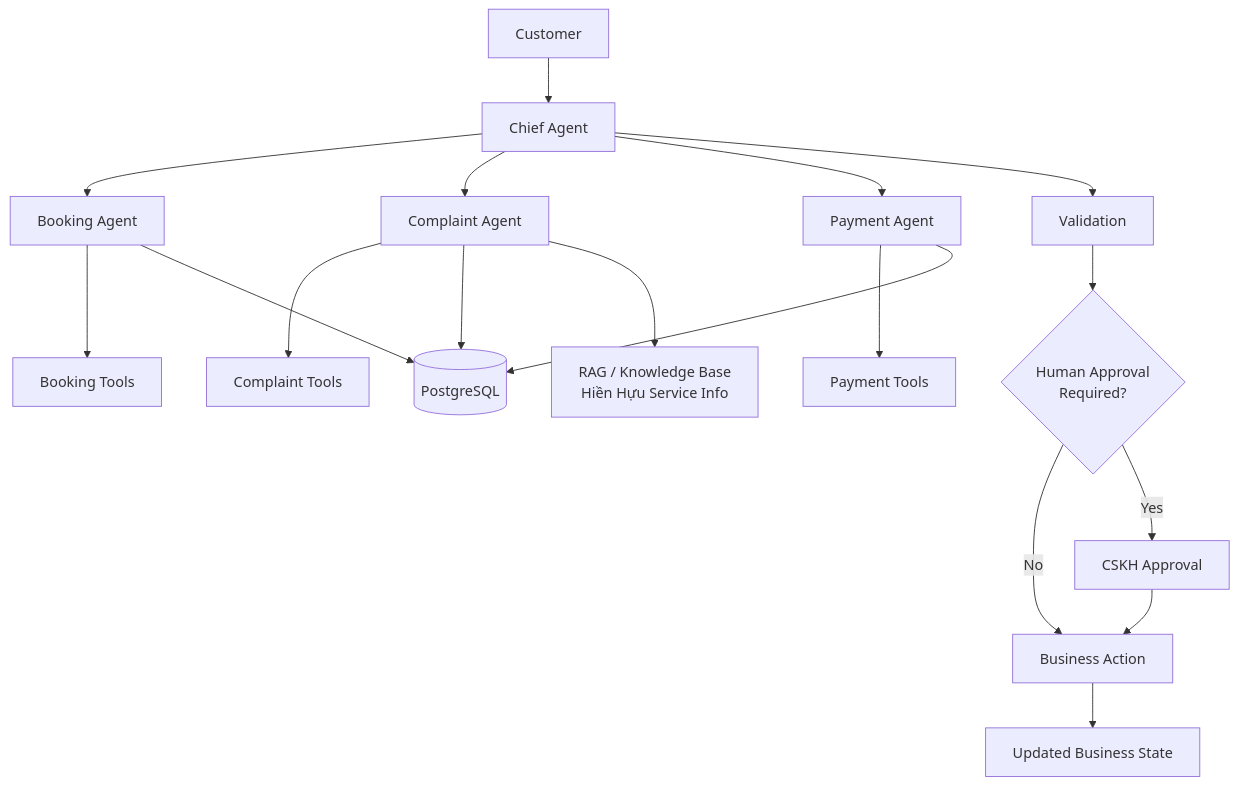
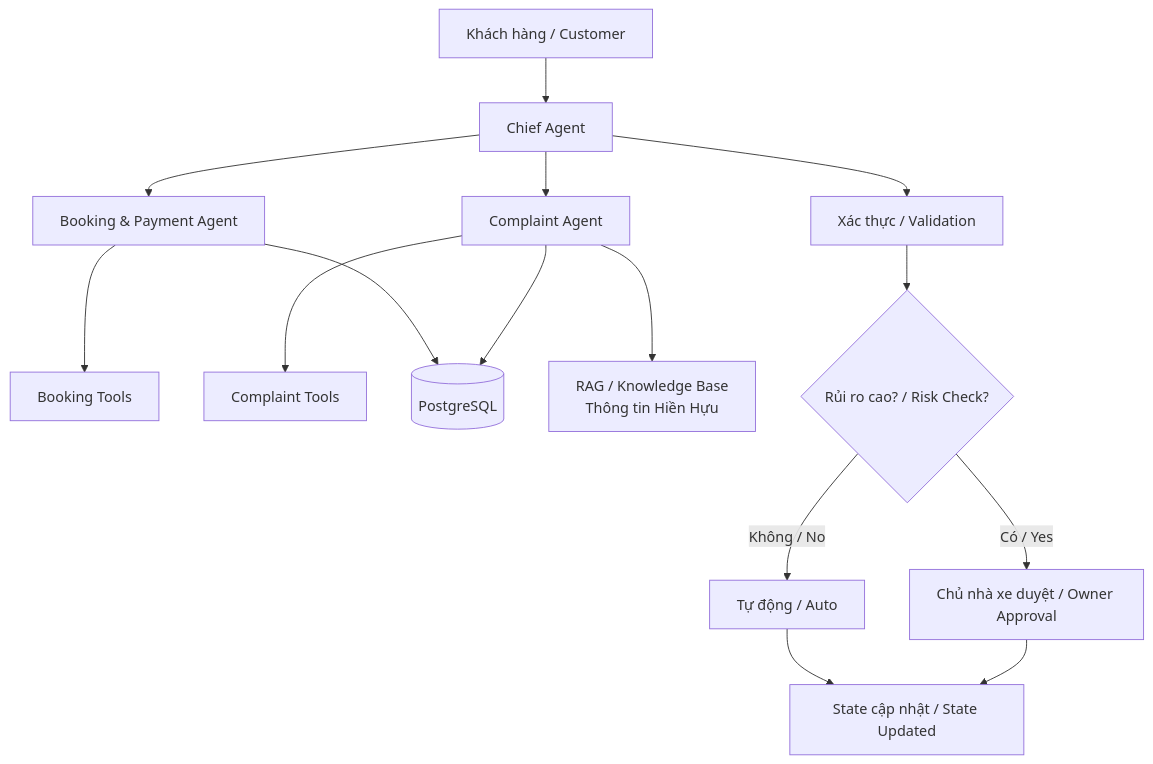
Before and after one commit to Rin171104/AI-Agent-Customer-Service: the first of 3 diagrams in README.md, drawn with Mermaid. The commit also changed other lines of this file and 5 other files, not shown here.

````diff
--- a/README.md
+++ b/README.md
@@ -167,28 +146,25 @@
 ```mermaid
 flowchart TD
-    U[Customer] --> C[Chief Agent]
+    U[Khách hàng / Customer] --> C[Chief Agent]
 
-    C --> B[Booking Agent]
+    C --> B[Booking & Payment Agent]
     C --> CO[Complaint Agent]
-    C --> P[Payment Agent]
 
     B --> BT[Booking Tools]
     CO --> CT[Complaint Tools]
-    P --> PT[Payment Tools]
 
     B --> DB[(PostgreSQL)]
     CO --> DB
-    P --> DB
 
-    CO --> R[RAG / Knowledge Base<br/>Hiền Hựu Service Info]
+    CO --> R[RAG / Knowledge Base<br/>Thông tin Hiền Hựu]
 
-    C --> V[Validation]
+    C --> V[Xác thực / Validation]
 
-    V --> H{Human Approval<br/>Required?}
+    V --> H{Rủi ro cao? / Risk Check?}
 
-    H -->|No| A[Business Action]
-    H -->|Yes| HITL[CSKH Approval]
+    H -->|Không / No| A[Tự động / Auto]
+    H -->|Có / Yes| HITL[Chủ nhà xe duyệt / Owner Approval]
 
-    HITL --> A
-    A --> S[Updated Business State]
+    A --> S[State cập nhật / State Updated]
+    HITL --> S
 ```
````
